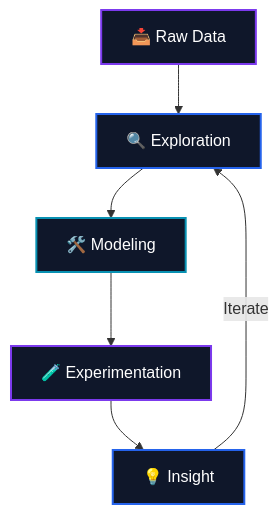
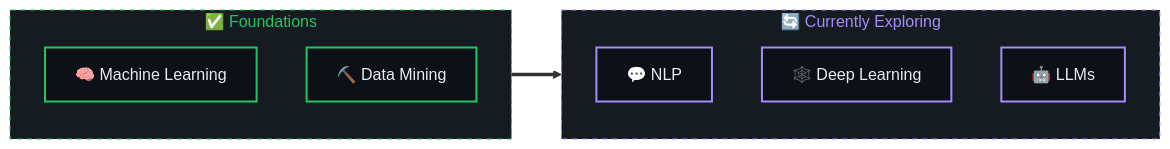
Before and after one commit to Amir-Mohammd-Asadjoo/Amir-Mohammd-Asadjoo: the diagram in README.md, drawn with Mermaid. The commit also changed other lines of this file, not shown here.

````diff
--- a/README.md
+++ b/README.md
@@ -193,13 +44,22 @@
 ```mermaid
-graph TD
-    A[📥 Raw Data] --> B[🔍 Exploration]
-    B --> C[🛠️ Modeling]
-    C --> D[🧪 Experimentation]
-    D --> E[💡 Insight]
-    E -->|Iterate| B
-    style A fill:#0F172A,stroke:#7C3AED,stroke-width:2px,color:#fff
-    style B fill:#0F172A,stroke:#2563EB,stroke-width:2px,color:#fff
-    style C fill:#0F172A,stroke:#0891B2,stroke-width:2px,color:#fff
-    style D fill:#0F172A,stroke:#7C3AED,stroke-width:2px,color:#fff
-    style E fill:#0F172A,stroke:#2563EB,stroke-width:2px,color:#fff
+flowchart LR
+    subgraph F["✅ Foundations"]
+        direction TB
+        ML["🧠 Machine Learning"]
+        DM["⛏️ Data Mining"]
+    end
+    subgraph N["🔄 Currently Exploring"]
+        direction TB
+        NLP["💬 NLP"]
+        DL["🕸️ Deep Learning"]
+        LLM["🤖 LLMs"]
+    end
+    F ==> N
+
+    classDef done fill:#0D1117,stroke:#22C55E,stroke-width:2px,color:#E6EDF3
+    classDef now fill:#0D1117,stroke:#A78BFA,stroke-width:2px,color:#E6EDF3
+    class ML,DM done
+    class NLP,DL,LLM now
+    style F fill:#161B22,stroke:#22C55E,stroke-dasharray:5 5,color:#22C55E
+    style N fill:#161B22,stroke:#A78BFA,stroke-dasharray:5 5,color:#A78BFA
 ```
````
